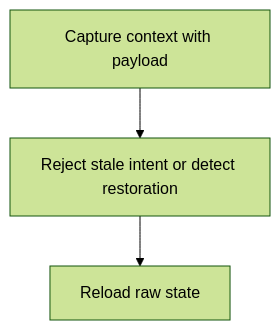
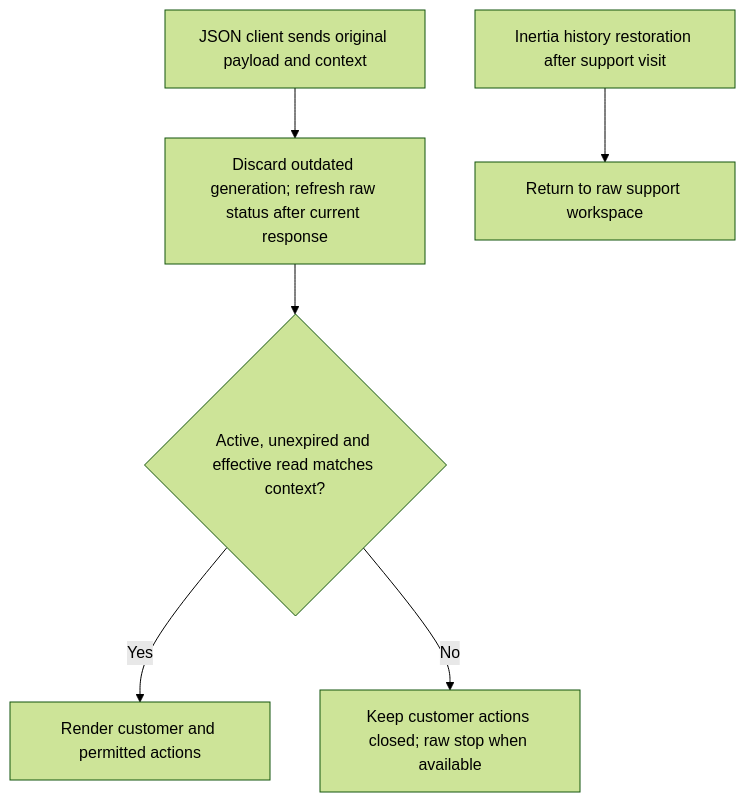
Before and after one commit to Kevinjohn/oss-adonisjs-masquerade: the second of 2 diagrams in user-stories/submit-context-token/us-context-03-recover-browser-intent.md, drawn with Mermaid (forest theme). The commit also changed other lines of this file and 22 other files, not shown here.

Commit message:
docs: verify user story paths and Mermaid flows against implementation

````diff
--- a/user-stories/submit-context-token/us-context-03-recover-browser-intent.md
+++ b/user-stories/submit-context-token/us-context-03-recover-browser-intent.md
@@ -28,5 +30,8 @@
 ```mermaid
 flowchart TD
-    A["Capture context with payload"] --> B["Reject stale intent or detect restoration"]
-    B["Reject stale intent or detect restoration"] --> C["Reload raw state"]
+    A["JSON client sends original payload and context"] --> B["Discard outdated generation; refresh raw status after current response"]
+    B --> Q{"Active, unexpired and effective read matches context?"}
+    Q -->|Yes| D["Render customer and permitted actions"]
+    Q -->|No| E["Keep customer actions closed; raw stop when available"]
+    H["Inertia history restoration after support visit"] --> C["Return to raw support workspace"]
 ```
````
